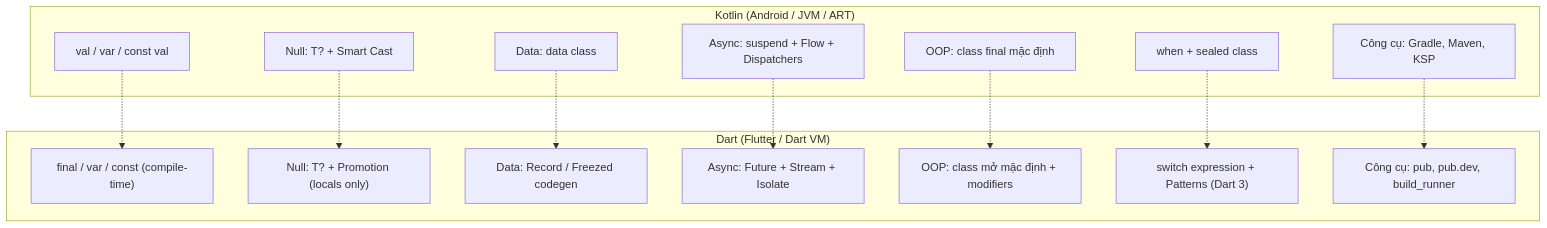
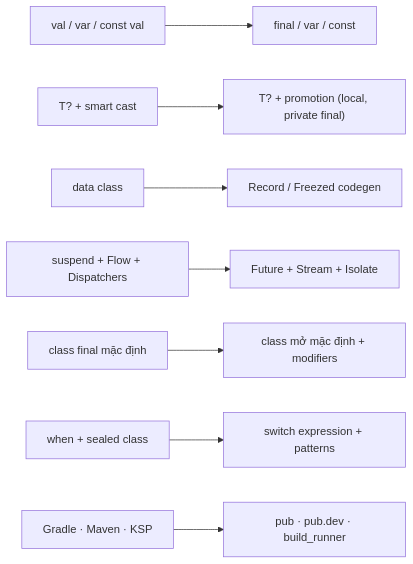
The first of 5 diagrams in flutter/docs/session_01/dart/dart_for_kotlin_devs.md (h1eu/knowledge), drawn with Mermaid before and after one commit. The commit also changed other lines of this file and 26 other files, not shown here.

First line of the commit message:
docs(flutter): rewrite, review and publish Session 01 Dart Foundations

````diff
--- a/flutter/docs/session_01/dart/dart_for_kotlin_devs.md
+++ b/flutter/docs/session_01/dart/dart_for_kotlin_devs.md
@@ -46,28 +63,10 @@
 ```mermaid
-graph TD
-    subgraph "Kotlin (Android / JVM / ART)"
-        K1["val / var / const val"]
-        K2["Null: T? + Smart Cast"]
-        K3["Data: data class"]
-        K4["Async: suspend + Flow + Dispatchers"]
-        K5["OOP: class final mặc định"]
-        K6["when + sealed class"]
-        K7["Công cụ: Gradle, Maven, KSP"]
-    end
-    subgraph "Dart (Flutter / Dart VM)"
-        D1["final / var / const (compile-time)"]
-        D2["Null: T? + Promotion (locals only)"]
-        D3["Data: Record / Freezed codegen"]
-        D4["Async: Future + Stream + Isolate"]
-        D5["OOP: class mở mặc định + modifiers"]
-        D6["switch expression + Patterns (Dart 3)"]
-        D7["Công cụ: pub, pub.dev, build_runner"]
-    end
-    K1 -.-> D1
-    K2 -.-> D2
-    K3 -.-> D3
-    K4 -.-> D4
-    K5 -.-> D5
-    K6 -.-> D6
-    K7 -.-> D7
+flowchart LR
+    K1["val / var / const val"] --> D1["final / var / const"]
+    K2["T? + smart cast"] --> D2["T? + promotion (local, private final)"]
+    K3["data class"] --> D3["Record / Freezed codegen"]
+    K4["suspend + Flow + Dispatchers"] --> D4["Future + Stream + Isolate"]
+    K5["class final mặc định"] --> D5["class mở mặc định + modifiers"]
+    K6["when + sealed class"] --> D6["switch expression + patterns"]
+    K7["Gradle · Maven · KSP"] --> D7["pub · pub.dev · build_runner"]
 ```
````
